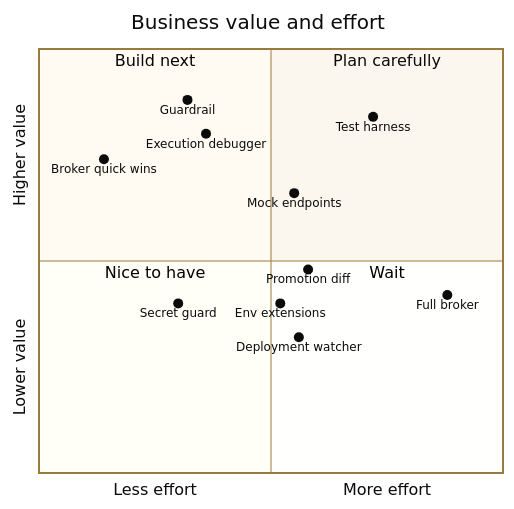
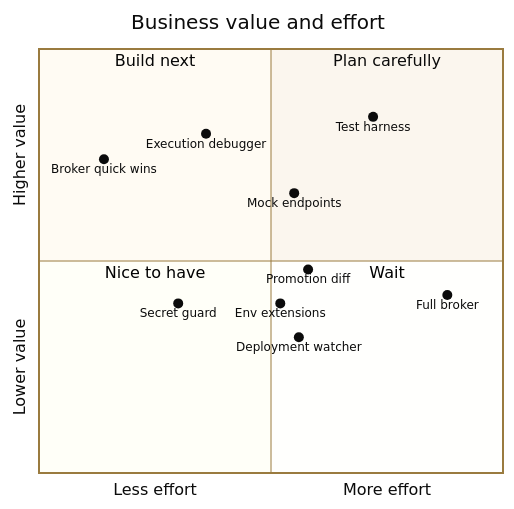
Before and after one commit to brianbrinley/ClaudeMods: the diagram in IDEAS.md, drawn with Mermaid. The commit also changed other lines of this file and 14 other files, not shown here.

````diff
--- a/IDEAS.md
+++ b/IDEAS.md
@@ -27,21 +29,20 @@
 ```mermaid
 %%{init: {"theme": "base", "fontFamily": "Josefin Sans, trebuchet ms, verdana, arial, sans-serif", "themeVariables": {"fontSize": "15px", "background": "#FBF6EE", "primaryColor": "#FBF6EE", "primaryTextColor": "#0B0B0B", "primaryBorderColor": "#9A7B3F", "lineColor": "#9A7B3F", "textColor": "#0B0B0B", "secondaryColor": "#9FDED6", "tertiaryColor": "#FBE7A1", "edgeLabelBackground": "#FBF6EE", "clusterBkg": "#FBF6EE", "clusterBorder": "#9A7B3F", "actorBkg": "#F7A8C4", "actorBorder": "#C2185B", "actorTextColor": "#0B0B0B", "actorLineColor": "#9A7B3F", "signalColor": "#0B0B0B", "signalTextColor": "#0B0B0B", "labelBoxBkgColor": "#FBE7A1", "labelBoxBorderColor": "#9A7B3F", "labelTextColor": "#0B0B0B", "loopTextColor": "#0B0B0B", "noteBkgColor": "#FBE7A1", "noteBorderColor": "#9A7B3F", "noteTextColor": "#0B0B0B", "activationBkgColor": "#9FDED6", "activationBorderColor": "#0F766E", "sequenceNumberColor": "#FBF6EE"}}}%%
 quadrantChart
     title Business value and effort
     x-axis Less effort --> More effort
     y-axis Lower value --> Higher value
     quadrant-1 Plan carefully
     quadrant-2 Build next
     quadrant-3 Nice to have
     quadrant-4 Wait
-    Guardrail: [0.32, 0.88]
     Execution debugger: [0.36, 0.80]
     Broker quick wins: [0.14, 0.74]
     Test harness: [0.72, 0.84]
     Mock endpoints: [0.55, 0.66]
     Secret guard: [0.30, 0.40]
     Promotion diff: [0.58, 0.48]
     Env extensions: [0.52, 0.40]
     Deployment watcher: [0.56, 0.32]
     Full broker: [0.88, 0.42]
 ```
````
